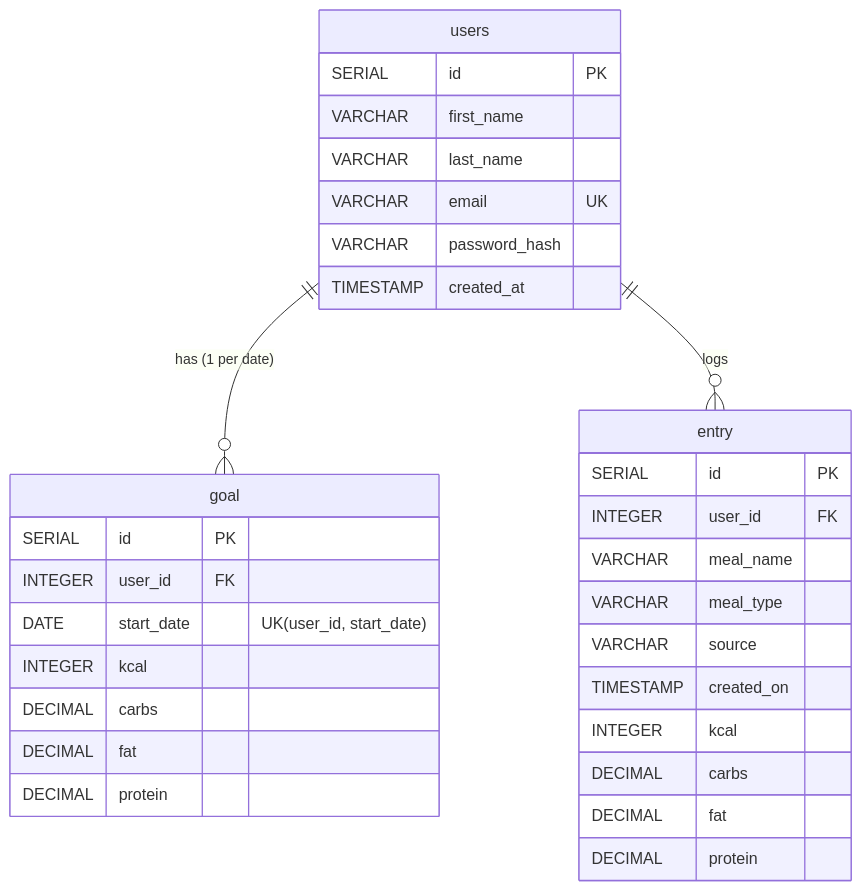
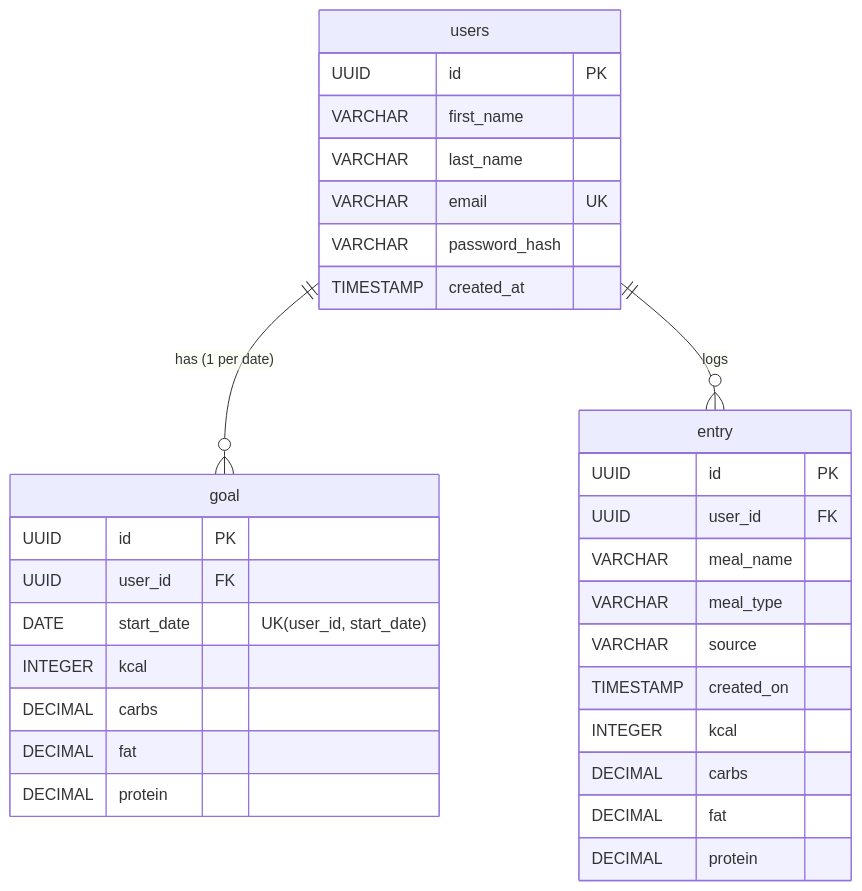
The second of 2 diagrams in README.md (ec-mentors/project-module-andres-bs12), drawn with Mermaid before and after one commit. The commit also changed other lines of this file and 1 other file, not shown here.

Commit message:
refactor: change DB primary and foreign keys from SERIAL to UUID

````diff
--- a/README.md
+++ b/README.md
@@ -100,37 +100,37 @@
 ```mermaid
 erDiagram
     users ||--o{ goal : "has (1 per date)"
     users ||--o{ entry : "logs"
 
     users {
-        SERIAL id PK
+        UUID id PK
         VARCHAR first_name
         VARCHAR last_name
         VARCHAR email UK
         VARCHAR password_hash
         TIMESTAMP created_at
     }
 
     goal {
-        SERIAL id PK
-        INTEGER user_id FK
+        UUID id PK
+        UUID user_id FK
         DATE start_date "UK(user_id, start_date)"
         INTEGER kcal
         DECIMAL carbs
         DECIMAL fat
         DECIMAL protein
     }
 
     entry {
-        SERIAL id PK
-        INTEGER user_id FK
+        UUID id PK
+        UUID user_id FK
         VARCHAR meal_name
         VARCHAR meal_type
         VARCHAR source
         TIMESTAMP created_on
         INTEGER kcal
         DECIMAL carbs
         DECIMAL fat
         DECIMAL protein
     }
 ```
````
